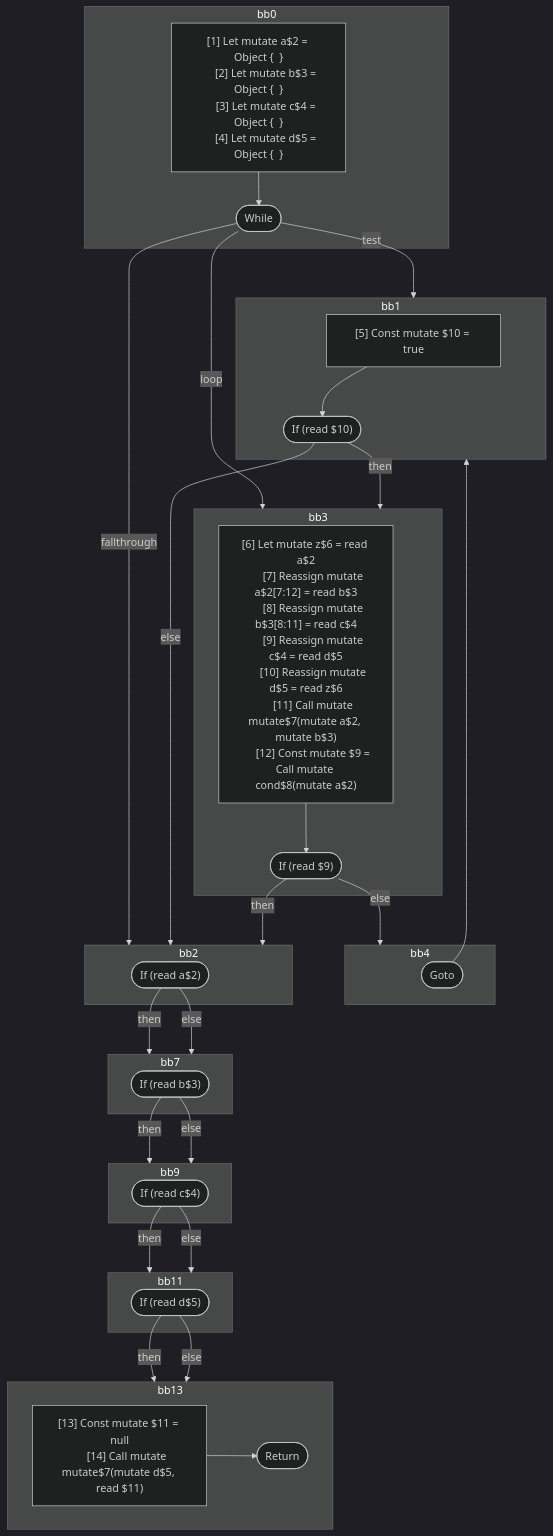
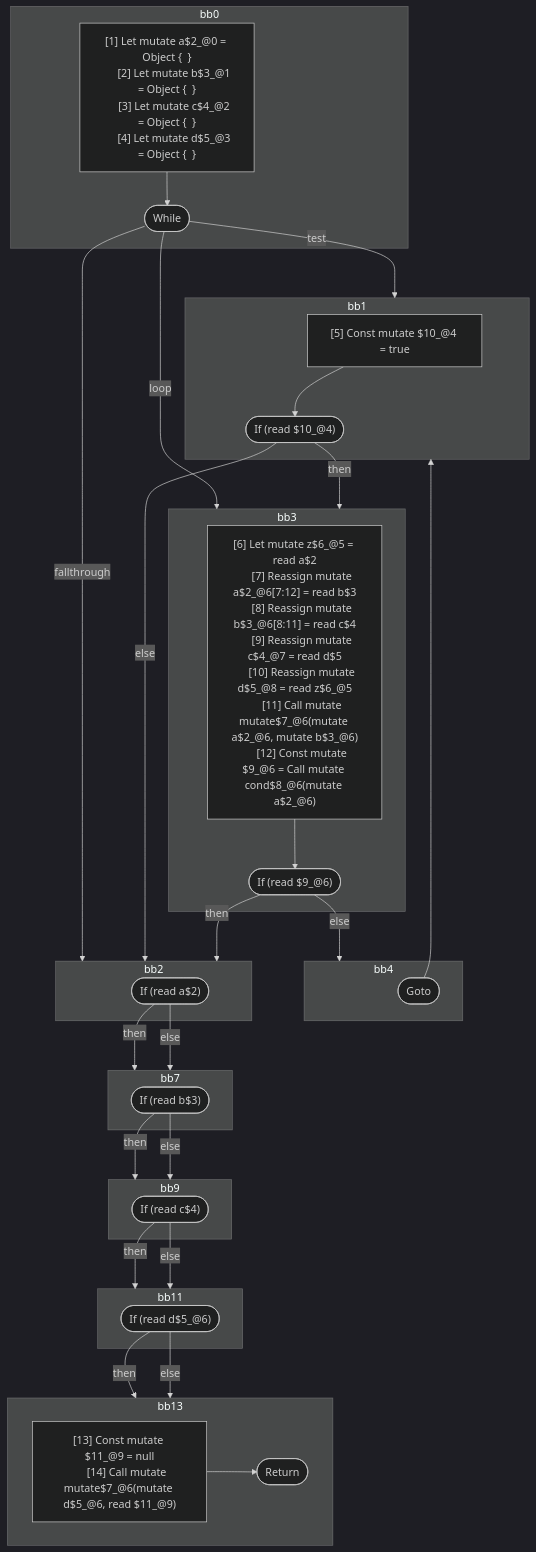
The third of 3 diagrams in compiler/forget/src/__tests__/fixtures/hir/mutable-lifetime-loops.expect.md (wutsmog/private), drawn with Mermaid (dark theme) before and after one commit. The commit also changed other lines of this file and 60 other files, not shown here.

````diff
--- a/compiler/forget/src/__tests__/fixtures/hir/mutable-lifetime-loops.expect.md
+++ b/compiler/forget/src/__tests__/fixtures/hir/mutable-lifetime-loops.expect.md
@@ -145,72 +145,72 @@
 ```mermaid
 flowchart TB
   %% Basic Blocks
   subgraph bb0
     bb0_instrs["
-      [1] Let mutate a$2 = Object {  }
-      [2] Let mutate b$3 = Object {  }
-      [3] Let mutate c$4 = Object {  }
-      [4] Let mutate d$5 = Object {  }
+      [1] Let mutate a$2_@0 = Object {  }
+      [2] Let mutate b$3_@1 = Object {  }
+      [3] Let mutate c$4_@2 = Object {  }
+      [4] Let mutate d$5_@3 = Object {  }
     "]
     bb0_instrs --> bb0_terminal(["While"])
   end
   subgraph bb1
     bb1_instrs["
-      [5] Const mutate $10 = true
+      [5] Const mutate $10_@4 = true
     "]
-    bb1_instrs --> bb1_terminal(["If (read $10)"])
+    bb1_instrs --> bb1_terminal(["If (read $10_@4)"])
   end
   subgraph bb3
     bb3_instrs["
-      [6] Let mutate z$6 = read a$2
-      [7] Reassign mutate a$2[7:12] = read b$3
-      [8] Reassign mutate b$3[8:11] = read c$4
-      [9] Reassign mutate c$4 = read d$5
-      [10] Reassign mutate d$5 = read z$6
-      [11] Call mutate mutate$7(mutate a$2, mutate b$3)
-      [12] Const mutate $9 = Call mutate cond$8(mutate a$2)
+      [6] Let mutate z$6_@5 = read a$2
+      [7] Reassign mutate a$2_@6[7:12] = read b$3
+      [8] Reassign mutate b$3_@6[8:11] = read c$4
+      [9] Reassign mutate c$4_@7 = read d$5
+      [10] Reassign mutate d$5_@8 = read z$6_@5
+      [11] Call mutate mutate$7_@6(mutate a$2_@6, mutate b$3_@6)
+      [12] Const mutate $9_@6 = Call mutate cond$8_@6(mutate a$2_@6)
     "]
-    bb3_instrs --> bb3_terminal(["If (read $9)"])
+    bb3_instrs --> bb3_terminal(["If (read $9_@6)"])
   end
   subgraph bb4
     bb4_terminal(["Goto"])
   end
   subgraph bb2
     bb2_terminal(["If (read a$2)"])
   end
   subgraph bb7
     bb7_terminal(["If (read b$3)"])
   end
   subgraph bb9
     bb9_terminal(["If (read c$4)"])
   end
   subgraph bb11
-    bb11_terminal(["If (read d$5)"])
+    bb11_terminal(["If (read d$5_@6)"])
   end
   subgraph bb13
     bb13_instrs["
-      [13] Const mutate $11 = null
-      [14] Call mutate mutate$7(mutate d$5, read $11)
+      [13] Const mutate $11_@9 = null
+      [14] Call mutate mutate$7_@6(mutate d$5_@6, read $11_@9)
     "]
     bb13_instrs --> bb13_terminal(["Return"])
   end
 
   %% Jumps
   bb0_terminal -- test --> bb1
   bb0_terminal -- loop --> bb3
   bb0_terminal -- fallthrough --> bb2
   bb1_terminal -- then --> bb3
   bb1_terminal -- else --> bb2
   bb3_terminal -- then --> bb2
   bb3_terminal -- else --> bb4
   bb4_terminal --> bb1
   bb2_terminal -- then --> bb7
   bb2_terminal -- else --> bb7
   bb7_terminal -- then --> bb9
   bb7_terminal -- else --> bb9
   bb9_terminal -- then --> bb11
   bb9_terminal -- else --> bb11
   bb11_terminal -- then --> bb13
   bb11_terminal -- else --> bb13
 
 ```
````
